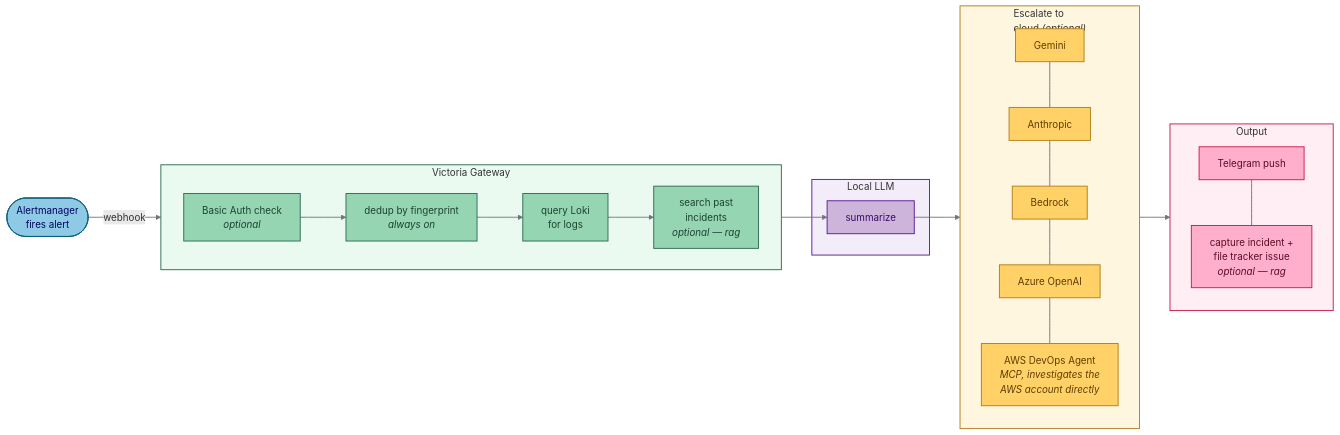
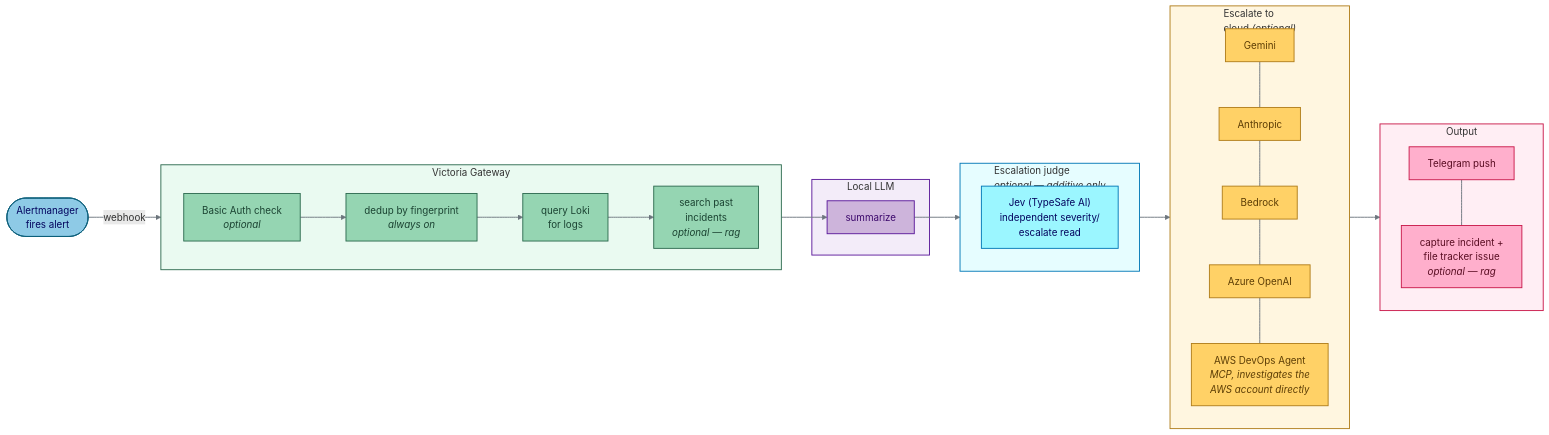
One commit to GordonWei/victoria-gateway changed the diagram in README.md. Above: the diagram before and after it, drawn with Mermaid.

Commit message:
docs: add the escalation judge node to the swimlane diagram
The How-it-works flowchart still showed summarize going straight to
cloud escalation, not reflecting the new Jev judge step from 2277702.
Adds a distinct "Escalation judge (optional — additive only)" subgraph
between Local LLM and Escalate to cloud, with its own classDef color.
Rendered locally via @mermaid-js/mermaid-cli to confirm the syntax is
valid before pushing.

````diff
--- a/README.md
+++ b/README.md
@@ -32,47 +32,56 @@
 ```mermaid
 flowchart LR
     AM(["Alertmanager<br/>fires alert"]) -->|webhook| B1
 
     subgraph VG["Victoria Gateway"]
         direction LR
         B1["Basic Auth check<br/><i>optional</i>"] --> B2["dedup by fingerprint<br/><i>always on</i>"] --> B3["query Loki<br/>for logs"] --> B4["search past<br/>incidents<br/><i>optional — rag</i>"]
     end
 
     subgraph LLM["Local LLM"]
         C1["summarize"]
     end
 
     B4 --> C1
-    C1 --> CLOUD
+    C1 --> JUDGE
+
+    subgraph JUDGE["Escalation judge<br/><i>optional — additive only</i>"]
+        J1["Jev (TypeSafe AI)<br/>independent severity/<br/>escalate read"]
+    end
+
+    JUDGE --> CLOUD
 
     subgraph CLOUD["Escalate to<br/>cloud <i>(optional)</i>"]
         direction TB
         D1["Gemini"] ~~~ D2["Anthropic"] ~~~ D3["Bedrock"] ~~~ D4["Azure OpenAI"] ~~~ D5["AWS DevOps Agent<br/><i>MCP, investigates the<br/>AWS account directly</i>"]
     end
 
     CLOUD --> OUT
 
     subgraph OUT["Output"]
         direction TB
         E1["Telegram push"] ~~~ E2["capture incident +<br/>file tracker issue<br/><i>optional — rag</i>"]
     end
 
     classDef trigger fill:#8ecae6,stroke:#0b5f7a,stroke-width:1.5px,color:#03045e;
     classDef gateway fill:#95d5b2,stroke:#2d6a4f,stroke-width:1.5px,color:#1b4332;
     classDef llm fill:#cdb4db,stroke:#5a189a,stroke-width:1.5px,color:#3c096c;
+    classDef judge fill:#9bf6ff,stroke:#0077b6,stroke-width:1.5px,color:#03045e;
     classDef cloud fill:#ffd166,stroke:#b07d1a,stroke-width:1.5px,color:#5c3d05;
     classDef output fill:#ffafcc,stroke:#c9184a,stroke-width:1.5px,color:#590d22;
 
     class AM trigger;
     class B1,B2,B3,B4 gateway;
     class C1 llm;
+    class J1 judge;
     class D1,D2,D3,D4,D5 cloud;
     class E1,E2 output;
 
     style VG fill:#eafaf1,stroke:#2d6a4f,stroke-width:1.5px;
     style LLM fill:#f3ecf9,stroke:#5a189a,stroke-width:1.5px;
+    style JUDGE fill:#e6fdff,stroke:#0077b6,stroke-width:1.5px;
     style CLOUD fill:#fff6e0,stroke:#b07d1a,stroke-width:1.5px;
     style OUT fill:#ffeef4,stroke:#c9184a,stroke-width:1.5px;
 
     linkStyle default stroke:#6c757d,stroke-width:1.5px;
 ```
````
